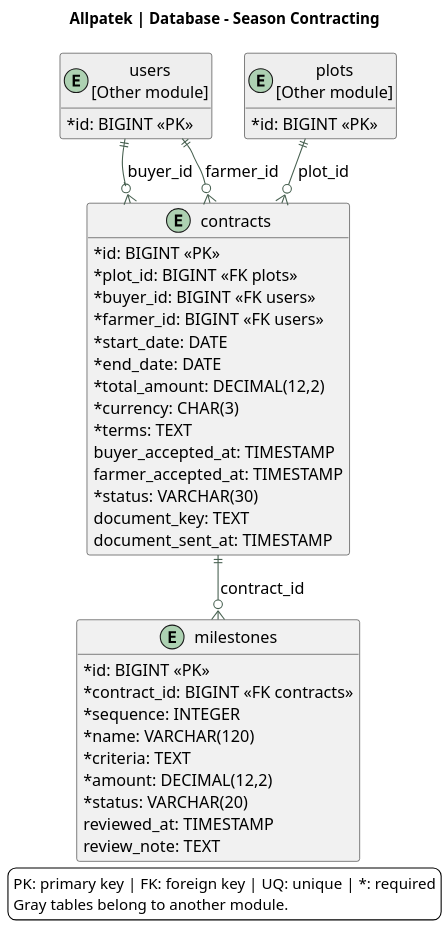
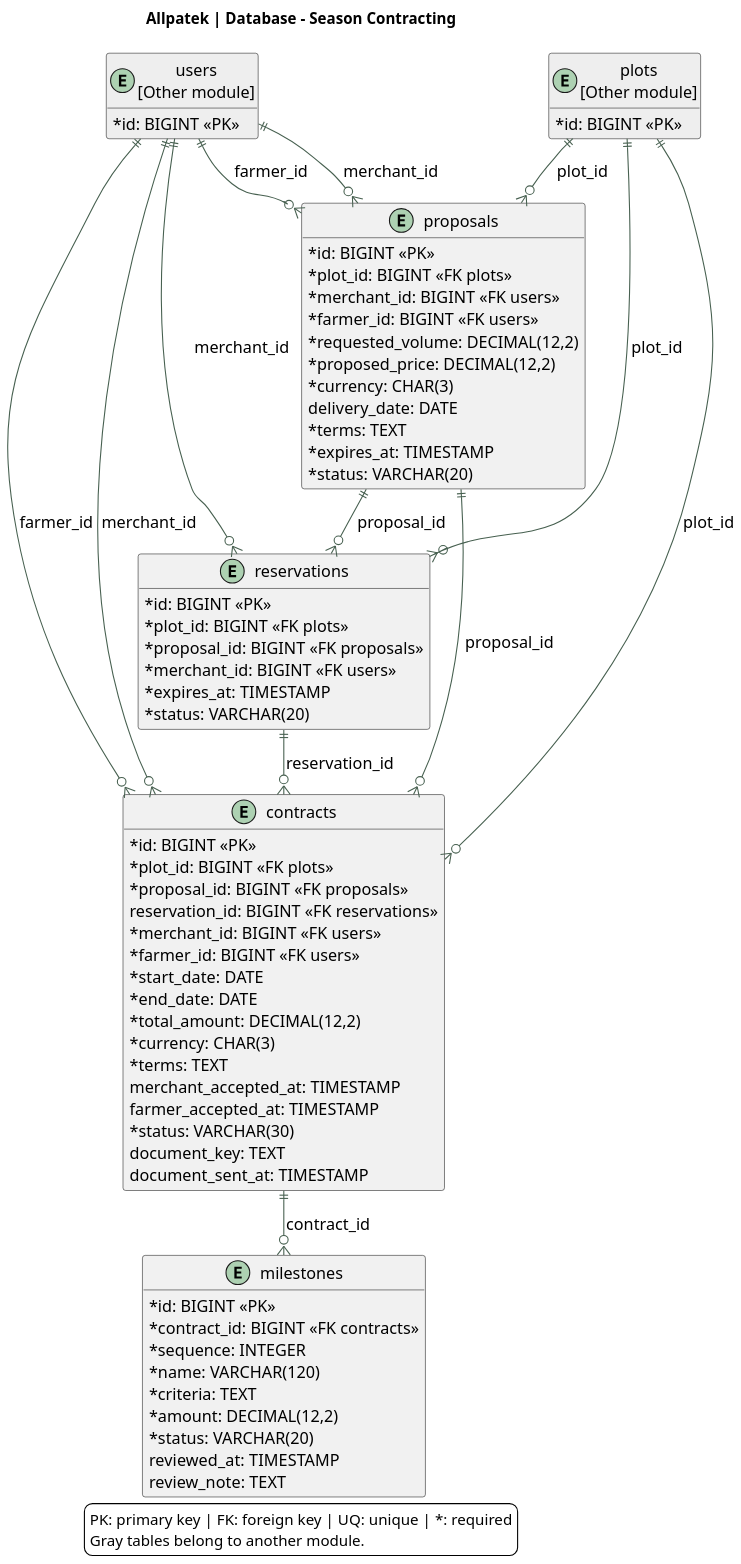
The diagram in assets/chapter-04/architecture/15-database-contracts.puml (upc-pre-202620-1asi0729-7753-Terranova/allpatek-report), drawn with PlantUML before and after one commit. The commit also changed 12 other files, not shown here.

Commit message:
docs(architecture): model proposals and reservations

```diff
--- a/assets/chapter-04/architecture/15-database-contracts.puml
+++ b/assets/chapter-04/architecture/15-database-contracts.puml
@@ -1,54 +1,85 @@
 @startuml
 !pragma layout smetana
 skinparam backgroundColor white
 skinparam defaultFontName SansSerif
 skinparam defaultFontSize 15
 skinparam shadowing false
 skinparam classAttributeIconSize 0
 skinparam ArrowColor #476050
 skinparam dpi 140
 title Allpatek | Database - Season Contracting
 top to bottom direction
 hide methods
+entity "proposals" as proposals {
+ {field} * id: BIGINT <<PK>>
+ {field} * plot_id: BIGINT <<FK plots>>
+ {field} * merchant_id: BIGINT <<FK users>>
+ {field} * farmer_id: BIGINT <<FK users>>
+ {field} * requested_volume: DECIMAL(12,2)
+ {field} * proposed_price: DECIMAL(12,2)
+ {field} * currency: CHAR(3)
+ {field} delivery_date: DATE
+ {field} * terms: TEXT
+ {field} * expires_at: TIMESTAMP
+ {field} * status: VARCHAR(20)
+}
+entity "reservations" as reservations {
+ {field} * id: BIGINT <<PK>>
+ {field} * plot_id: BIGINT <<FK plots>>
+ {field} * proposal_id: BIGINT <<FK proposals>>
+ {field} * merchant_id: BIGINT <<FK users>>
+ {field} * expires_at: TIMESTAMP
+ {field} * status: VARCHAR(20)
+}
 entity "contracts" as contracts {
  {field} * id: BIGINT <<PK>>
  {field} * plot_id: BIGINT <<FK plots>>
- {field} * buyer_id: BIGINT <<FK users>>
+ {field} * proposal_id: BIGINT <<FK proposals>>
+ {field} reservation_id: BIGINT <<FK reservations>>
+ {field} * merchant_id: BIGINT <<FK users>>
  {field} * farmer_id: BIGINT <<FK users>>
  {field} * start_date: DATE
  {field} * end_date: DATE
  {field} * total_amount: DECIMAL(12,2)
  {field} * currency: CHAR(3)
  {field} * terms: TEXT
- {field} buyer_accepted_at: TIMESTAMP
+ {field} merchant_accepted_at: TIMESTAMP
  {field} farmer_accepted_at: TIMESTAMP
  {field} * status: VARCHAR(30)
  {field} document_key: TEXT
  {field} document_sent_at: TIMESTAMP
 }
 entity "milestones" as milestones {
  {field} * id: BIGINT <<PK>>
  {field} * contract_id: BIGINT <<FK contracts>>
  {field} * sequence: INTEGER
  {field} * name: VARCHAR(120)
  {field} * criteria: TEXT
  {field} * amount: DECIMAL(12,2)
  {field} * status: VARCHAR(20)
  {field} reviewed_at: TIMESTAMP
  {field} review_note: TEXT
 }
 entity "users\n[Other module]" as users #EEEEEE {
  * id: BIGINT <<PK>>
 }
 entity "plots\n[Other module]" as plots #EEEEEE {
  * id: BIGINT <<PK>>
 }
+plots ||--o{ proposals : plot_id
+plots ||--o{ reservations : plot_id
 plots ||--o{ contracts : plot_id
-users ||--o{ contracts : buyer_id
+users ||--o{ proposals : merchant_id
+users ||--o{ proposals : farmer_id
+users ||--o{ reservations : merchant_id
+users ||--o{ contracts : merchant_id
 users ||--o{ contracts : farmer_id
+proposals ||--o{ reservations : proposal_id
+proposals ||--o{ contracts : proposal_id
+reservations ||--o{ contracts : reservation_id
 contracts ||--o{ milestones : contract_id
 legend bottom
 PK: primary key | FK: foreign key | UQ: unique | *: required
 Gray tables belong to another module.
 endlegend
 @enduml
```
